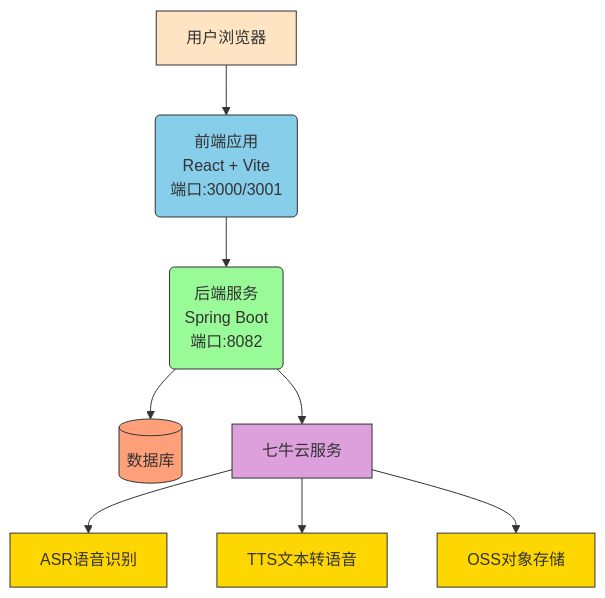
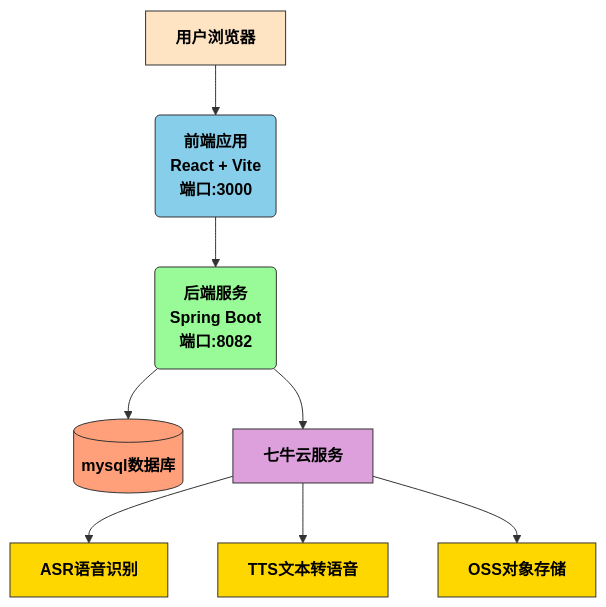
One commit to xin-24/AI-Role-playing changed the first of 3 diagrams in README.md. Above: the diagram before and after it, drawn with Mermaid. The commit also changed other lines of this file and 5 other files, not shown here.

````diff
--- a/README.md
+++ b/README.md
@@ -20,19 +20,19 @@
 ```mermaid
 graph TB
-    A[用户浏览器] --> B(前端应用<br/>React + Vite<br/>端口:3000/3001)
+    A[用户浏览器] --> B(前端应用<br/>React + Vite<br/>端口:3000)
     B --> C(后端服务<br/>Spring Boot<br/>端口:8082)
-    C --> D[(数据库)]
+    C --> D[(mysql数据库)]
     C --> E[七牛云服务]
     E --> F[ASR语音识别]
     E --> G[TTS文本转语音]
     E --> H[OSS对象存储]
     
-    style A fill:#FFE4C4,stroke:#333
-    style B fill:#87CEEB,stroke:#333
-    style C fill:#98FB98,stroke:#333
-    style D fill:#FFA07A,stroke:#333
-    style E fill:#DDA0DD,stroke:#333
-    style F fill:#FFD700,stroke:#333
-    style G fill:#FFD700,stroke:#333
-    style H fill:#FFD700,stroke:#333
+    style A fill:#FFE4C4,stroke:#333,fill-opacity:1,color:#000,font-weight:bold
+    style B fill:#87CEEB,stroke:#333,fill-opacity:1,color:#000,font-weight:bold
+    style C fill:#98FB98,stroke:#333,fill-opacity:1,color:#000,font-weight:bold
+    style D fill:#FFA07A,stroke:#333,fill-opacity:1,color:#000,font-weight:bold
+    style E fill:#DDA0DD,stroke:#333,fill-opacity:1,color:#000,font-weight:bold
+    style F fill:#FFD700,stroke:#333,fill-opacity:1,color:#000,font-weight:bold
+    style G fill:#FFD700,stroke:#333,fill-opacity:1,color:#000,font-weight:bold
+    style H fill:#FFD700,stroke:#333,fill-opacity:1,color:#000,font-weight:bold
 ```
````
